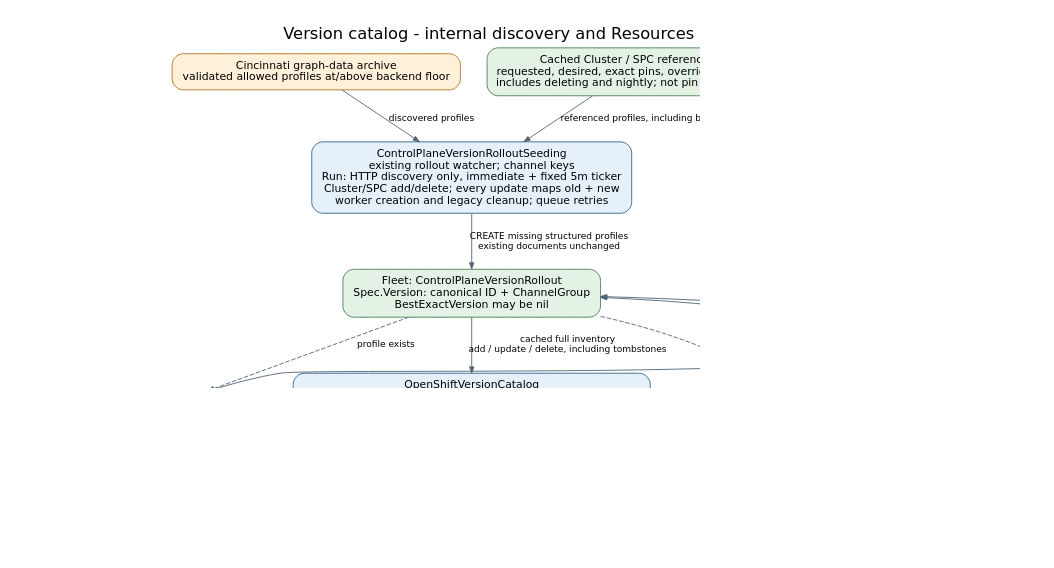
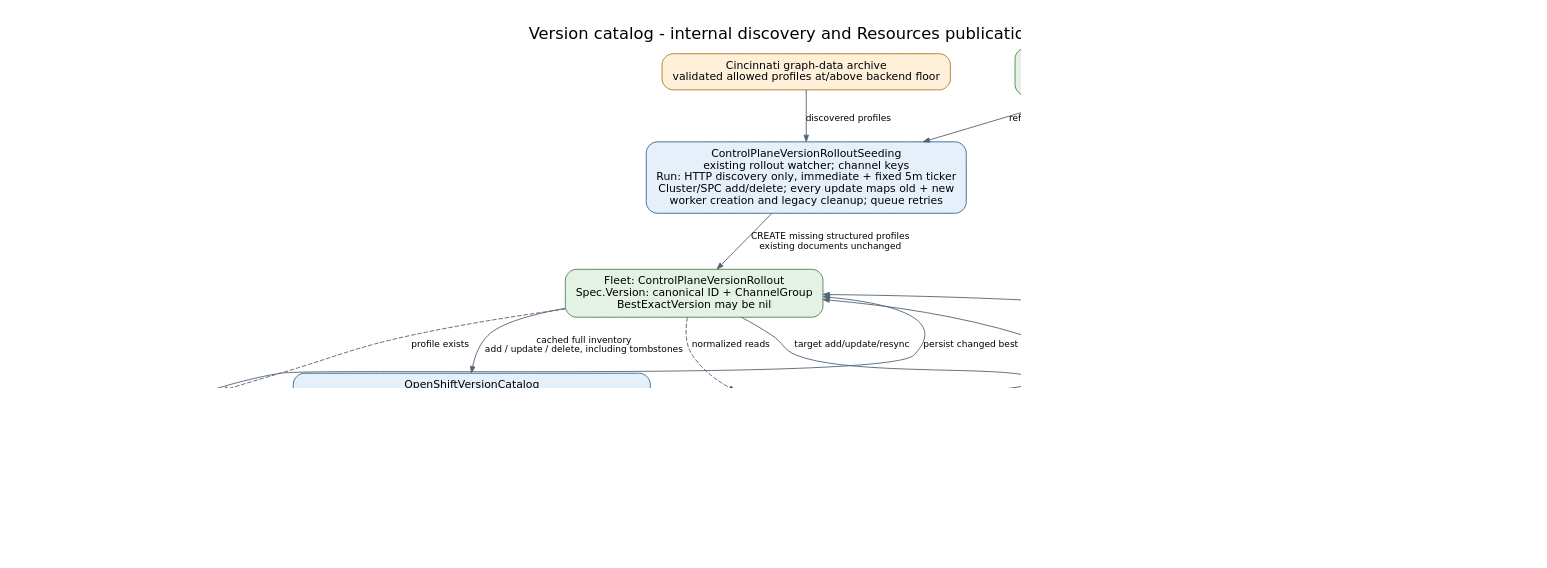
One commit to Azure/ARO-HCP changed the diagram in docs/diagrams/controller-flows/version-catalog.dot. Above: the diagram before and after it, drawn with Graphviz. The commit also changed 10 other files, not shown here.

First line of the commit message:
feat: retire unreferenced obsolete version rollouts

```diff
--- a/docs/diagrams/controller-flows/version-catalog.dot
+++ b/docs/diagrams/controller-flows/version-catalog.dot
@@ -1,24 +1,28 @@
 digraph version_catalog {
   graph [rankdir=TB, bgcolor="white", pad="0.3", nodesep="0.4", ranksep="0.55", fontname="DejaVu Sans", fontsize=18, labelloc=t, label="Version catalog - internal discovery and Resources publication", dpi=110];
   node [shape=box, style="rounded,filled", fillcolor="#e6f0fa", color="#35648a", fontname="DejaVu Sans", fontsize=12, margin="0.16,0.10"];
   edge [color="#536577", fontname="DejaVu Sans", fontsize=10, arrowsize=0.7];
   graphdata [label="Cincinnati graph-data archive\nvalidated allowed profiles at/above backend floor", fillcolor="#fff0da", color="#b27624"];
   refs [label="Cached Cluster / SPC references\nrequested, desired, exact pins, overrides, active\nincludes deleting and nightly; not pin thresholds", fillcolor="#e4f2e5", color="#4c8053"];
   seed [label="ControlPlaneVersionRolloutSeeding\nexisting rollout watcher; channel keys\nRun: HTTP discovery only, immediate + fixed 5m ticker\nCluster/SPC add/delete; every update maps old + new\nworker creation and legacy cleanup; queue retries"];
   fleet [label="Fleet: ControlPlaneVersionRollout\nSpec.Version: canonical ID + ChannelGroup\nBestExactVersion may be nil", fillcolor="#e4f2e5", color="#4c8053"];
   best [label="ControlPlaneVersionBestVersionSelection\nCincinnati exact-release selection\nexisting selector does not resolve nightly"];
   publish [label="OpenShiftVersionCatalog\ngeneric watcher; MakeKey returns singleton\nbootstrap even empty; rollout add/update/delete + 5m resync\nno delayed recurring requeue\nabsent profile: defer projection; preserve snapshot\npublic floor; Available = BestExactVersion != nil"];
   catalog [label="Resources: OpenShiftVersionCatalog/default\nprovider-namespace partition; regional account\nEntries: Version {ID, ChannelGroup}, Available\nincludes unresolved entries; empty results = []", fillcolor="#e4f2e5", color="#4c8053"];
-  boundary [shape=note, label="Persistence only at this stage\nFrontend version GET/LIST still use Cluster Service\nNo rollout retirement controller", fillcolor="#f5f5f5", color="#777777"];
+  boundary [shape=note, label="Persistence only at this stage\nFrontend version GET/LIST still use Cluster Service", fillcolor="#f5f5f5", color="#777777"];
+  retire [label="ControlPlaneVersionRolloutRetirement\noriginal rollout watcher; mapped Cluster/SPC dependencies\n5m resync; per-target keys; no timer\nread cached target and current references\nmissing target/profile skips only that key"];
+  refs -> retire [label="mapped notifications; current reference check"];
+  fleet -> retire [label="target add/update/resync"];
+  retire -> fleet [label="DELETE only below floor AND unreferenced", constraint=false];
   graphdata -> seed [label="discovered profiles"];
   refs -> seed [label="referenced profiles, including below floor"];
   seed -> fleet [label="CREATE missing structured profiles\nexisting documents unchanged"];
   migration [label="CosmosRolloutVersionMigration\nrollout watcher; cache-gated\nGET + validated REPLACE until success per key/process"];
   fleet -> migration [label="normalized reads", style=dashed];
   migration -> fleet [label="persist representation", constraint=false];
   fleet -> best [label="profile exists", style=dashed];
   best -> fleet [label="persist changed best", constraint=false];
   fleet -> publish [label="cached full inventory\nadd / update / delete, including tombstones"];
   publish -> catalog [label="point GET; CREATE / changed ETag REPLACE\nerrors preserve previous snapshot and retry"];
   {rank=same; catalog; boundary;}
 }
```
